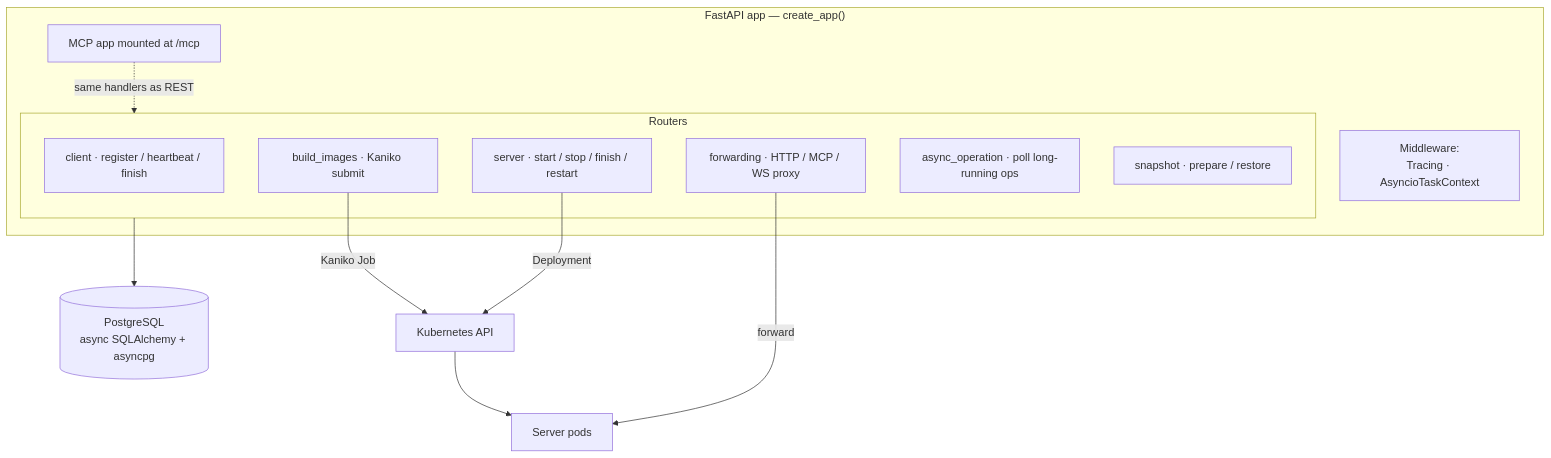
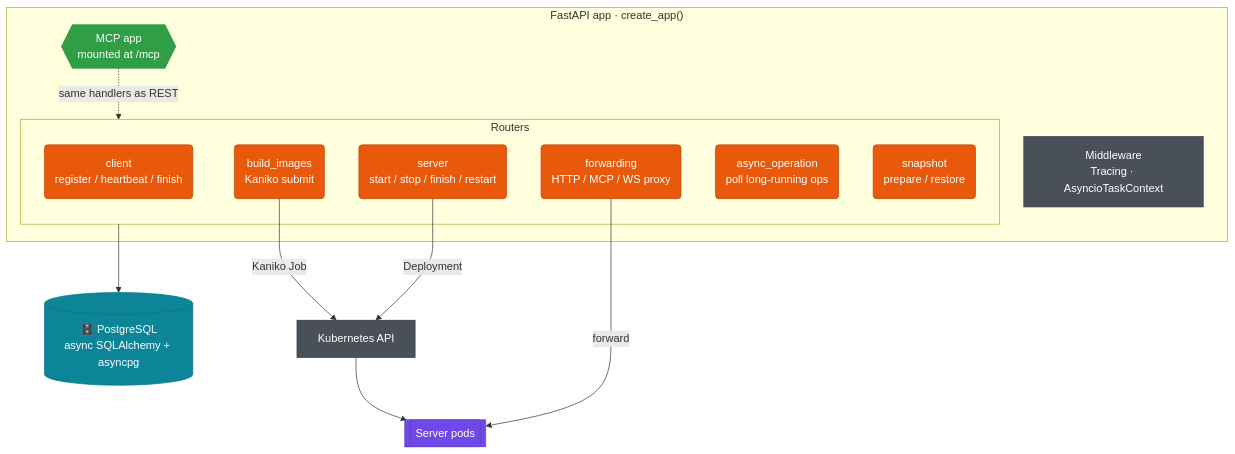
The diagram in website/docs/architecture/orchestrator.md (JetBrains-Research/idegym), drawn with Mermaid before and after one commit. The commit also changed 10 other files, not shown here.

First line of the commit message:
[JBRes-9938] restyle diagrams: shapes, colors, aligned labels; no dead-click nodes

````diff
--- a/website/docs/architecture/orchestrator.md
+++ b/website/docs/architecture/orchestrator.md
@@ -15,33 +15,39 @@
 ```mermaid
 flowchart TB
-    subgraph app["FastAPI app — create_app()"]
-        mw["Middleware:<br/>Tracing · AsyncioTaskContext"]
+    subgraph app["FastAPI app · create_app()"]
+        mw["Middleware<br/>Tracing · AsyncioTaskContext"]:::infra
         subgraph routers["Routers"]
-            rc["client · register / heartbeat / finish"]
-            rs["server · start / stop / finish / restart"]
-            rb["build_images · Kaniko submit"]
-            rf["forwarding · HTTP / MCP / WS proxy"]
-            ra["async_operation · poll long-running ops"]
-            rsnap["snapshot · prepare / restore"]
+            rc("client<br/>register / heartbeat / finish"):::ctrl
+            rs("server<br/>start / stop / finish / restart"):::ctrl
+            rb("build_images<br/>Kaniko submit"):::ctrl
+            rf("forwarding<br/>HTTP / MCP / WS proxy"):::ctrl
+            ra("async_operation<br/>poll long-running ops"):::ctrl
+            rsnap("snapshot<br/>prepare / restore"):::ctrl
         end
-        mcp["MCP app mounted at /mcp"]
+        mcp{{"MCP app<br/>mounted at /mcp"}}:::tool
     end
-    pg[("PostgreSQL<br/>async SQLAlchemy + asyncpg")]
-    kapi["Kubernetes API"]
-    pods["Server pods"]
+    pg[("🗄️ PostgreSQL<br/>async SQLAlchemy + asyncpg")]:::store
+    kapi["Kubernetes API"]:::infra
+    pods[["Server pods"]]:::pod
 
     routers --> pg
     rb -->|"Kaniko Job"| kapi
     rs -->|"Deployment"| kapi --> pods
     rf -->|"forward"| pods
     mcp -.->|"same handlers as REST"| routers
+
+    classDef ctrl fill:#e8590c,stroke:#c04405,color:#fff;
+    classDef tool fill:#2f9e44,stroke:#2b8a3e,color:#fff;
+    classDef store fill:#0c8599,stroke:#0b7285,color:#fff;
+    classDef infra fill:#495057,stroke:#343a40,color:#fff;
+    classDef pod fill:#7048e8,stroke:#5f3dc4,color:#fff;
 
     click rc "https://github.com/JetBrains-Research/idegym/blob/main/orchestrator/src/idegym/orchestrator/router/client.py" "client router source"
     click rs "https://github.com/JetBrains-Research/idegym/blob/main/orchestrator/src/idegym/orchestrator/router/server.py" "server router source"
     click rb "https://github.com/JetBrains-Research/idegym/blob/main/orchestrator/src/idegym/orchestrator/router/build_images.py" "build_images router source"
     click rf "https://github.com/JetBrains-Research/idegym/blob/main/orchestrator/src/idegym/orchestrator/router/forwarding.py" "forwarding router source"
     click ra "https://github.com/JetBrains-Research/idegym/blob/main/orchestrator/src/idegym/orchestrator/router/async_operation.py" "async_operation router source"
     click rsnap "https://github.com/JetBrains-Research/idegym/blob/main/orchestrator/src/idegym/orchestrator/router/snapshot.py" "snapshot router source"
     click mcp "https://github.com/JetBrains-Research/idegym/blob/main/orchestrator/src/idegym/orchestrator/mcp.py" "MCP server source"
     click pg "https://github.com/JetBrains-Research/idegym/blob/main/orchestrator/src/idegym/orchestrator/database" "database layer source"
 ```
````
